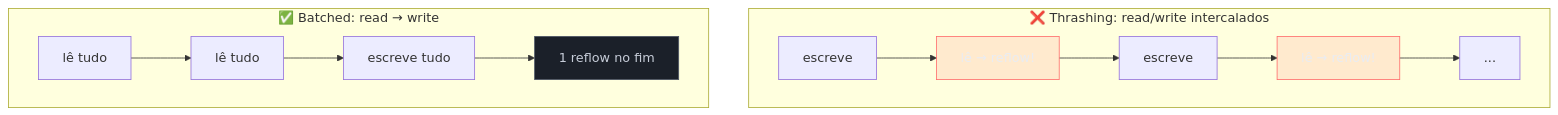
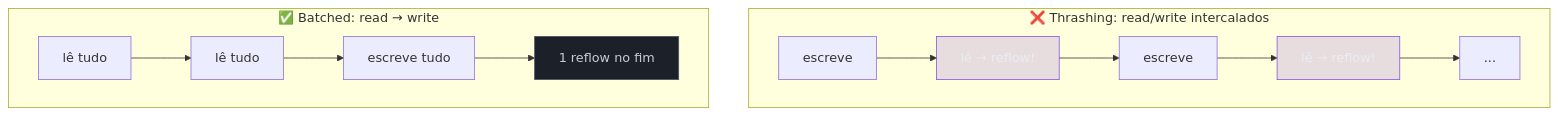
One commit to josenaldo/codex-technomanticus changed the diagram in 03-Dominios/Tecnologia/Web Performance/Performance de Runtime e Rendering/05 - Layout thrashing.md. Above: the diagram before and after it, drawn with Mermaid. The commit also changed 601 other files, not shown here.

````diff
--- a/03-Dominios/Tecnologia/Web Performance/Performance de Runtime e Rendering/05 - Layout thrashing.md
+++ b/03-Dominios/Tecnologia/Web Performance/Performance de Runtime e Rendering/05 - Layout thrashing.md
@@ -33,14 +33,14 @@
 ```mermaid
 graph TB
-    classDef falha fill:#FF6B6B24,stroke:#FF6B6B,color:#E9ECF2
+    classDef marca fill:#8855DF33,stroke:#8855DF,color:#E9ECF2
     classDef neutro fill:#1B2029,stroke:#4E5666,color:#C6CCD8
     subgraph BAD["❌ Thrashing: read/write intercalados"]
         W1[escreve] --> R1[lê → reflow!] --> W2[escreve] --> R2[lê → reflow!] --> W3[...]
     end
     subgraph GOOD["✅ Batched: read → write"]
         RA[lê tudo] --> RB[lê tudo] --> WA[escreve tudo] --> WB[1 reflow no fim]
     end
-    class R1 falha
-    class R2 falha
+    class R1 marca
+    class R2 marca
     class WB neutro
 ```
````
